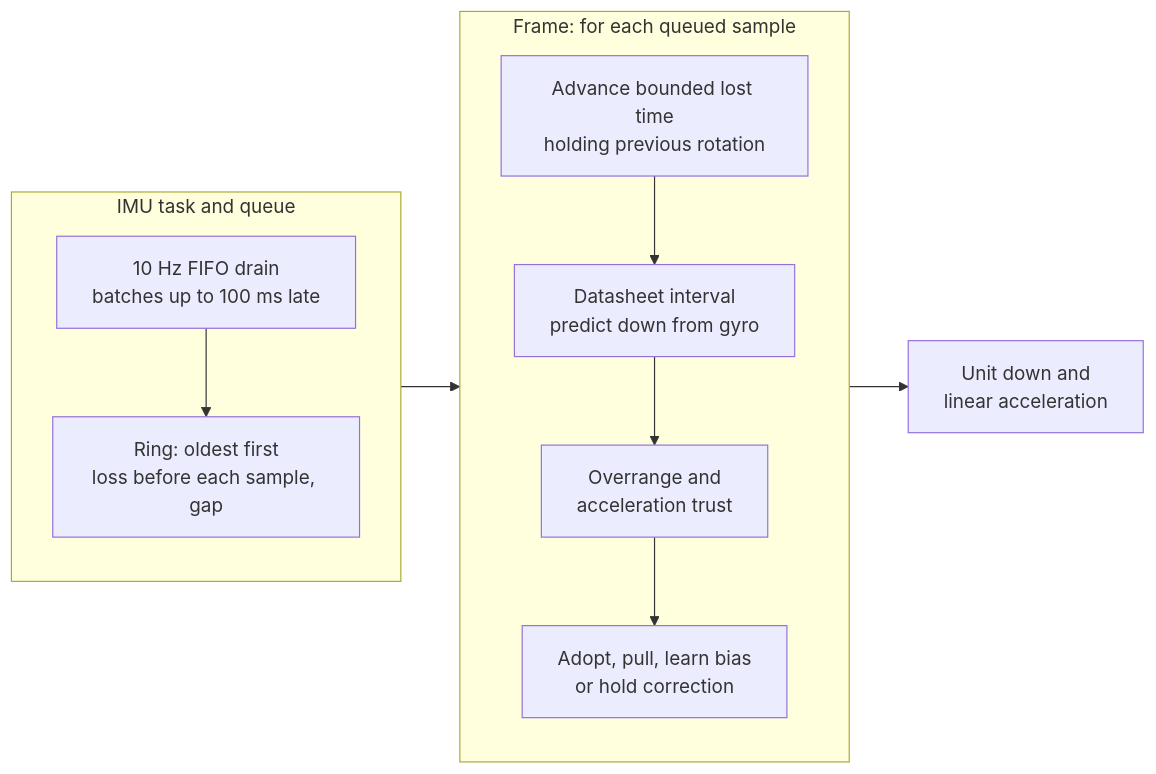
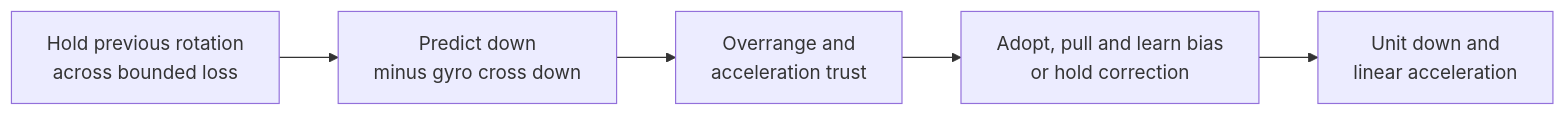
The second of 2 diagrams in docs/input/Gravity.md (jose-villegas/autana), drawn with Mermaid before and after one commit. The commit also changed other lines of this file and 7 other files, not shown here.

````diff
--- a/docs/input/Gravity.md
+++ b/docs/input/Gravity.md
@@ -39,13 +44,7 @@
 ```mermaid
 flowchart LR
-    subgraph Input["IMU task and queue"]
-        Drain["10 Hz FIFO drain<br/>batches up to 100 ms late"] --> Batch["Ring: oldest first<br/>loss before each sample, gap"]
-    end
-    subgraph Update["Frame: for each queued sample"]
-        Missing["Advance bounded lost time<br/>holding previous rotation"] --> Predict["Datasheet interval<br/>predict down from gyro"]
-        Predict --> Judge["Overrange and<br/>acceleration trust"]
-        Judge --> Correct["Adopt, pull, learn bias<br/>or hold correction"]
-    end
-    Linear["Unit down and<br/>linear acceleration"]
-    Input --> Update --> Linear
+    Missing["Hold previous rotation<br/>across bounded loss"] --> Predict["Predict down<br/>minus gyro cross down"]
+    Predict --> Judge["Overrange and<br/>acceleration trust"]
+    Judge --> Correct["Adopt, pull and learn bias<br/>or hold correction"]
+    Correct --> Linear["Unit down and<br/>linear acceleration"]
 ```
````
